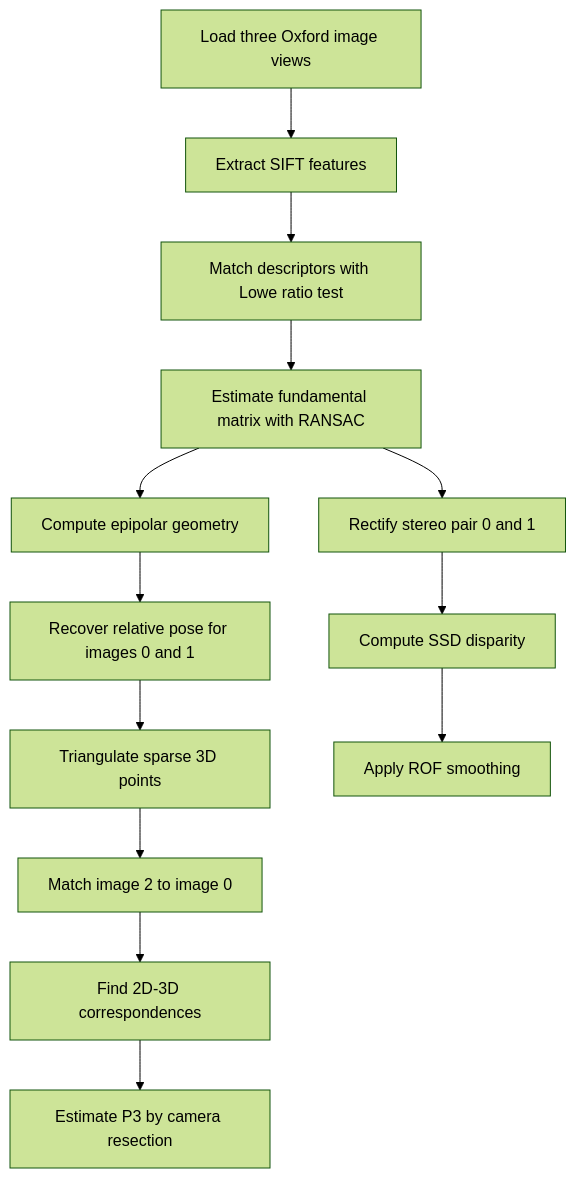
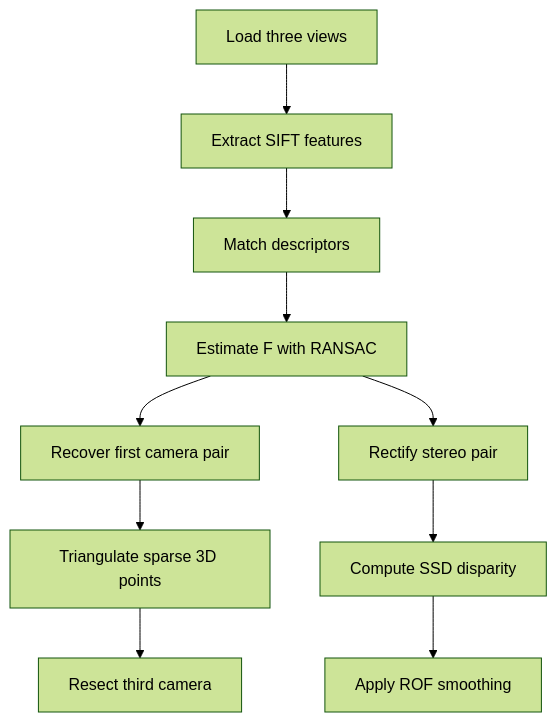
One commit to belindbl/multiview-3d-reconstruction changed the diagram in docs/mv_stereo_reconstruction_2_pipeline.md. Above: the diagram before and after it, drawn with Mermaid (forest theme). The commit also changed other lines of this file, not shown here.

````diff
--- a/docs/mv_stereo_reconstruction_2_pipeline.md
+++ b/docs/mv_stereo_reconstruction_2_pipeline.md
@@ -14,15 +22,12 @@
 ```mermaid
 flowchart TD
-    A[Load three Oxford image views] --> B[Extract SIFT features]
-    B --> C[Match descriptors with Lowe ratio test]
-    C --> D[Estimate fundamental matrix with RANSAC]
-    D --> E[Compute epipolar geometry]
-    E --> F[Recover relative pose for images 0 and 1]
-    F --> G[Triangulate sparse 3D points]
-    G --> H[Match image 2 to image 0]
-    H --> I[Find 2D-3D correspondences]
-    I --> J[Estimate P3 by camera resection]
-    D --> K[Rectify stereo pair 0 and 1]
-    K --> L[Compute SSD disparity]
-    L --> M[Apply ROF smoothing]
+    A[Load three views] --> B[Extract SIFT features]
+    B --> C[Match descriptors]
+    C --> D[Estimate F with RANSAC]
+    D --> E[Recover first camera pair]
+    E --> F[Triangulate sparse 3D points]
+    F --> G[Resect third camera]
+    D --> H[Rectify stereo pair]
+    H --> I[Compute SSD disparity]
+    I --> J[Apply ROF smoothing]
 ```
````
